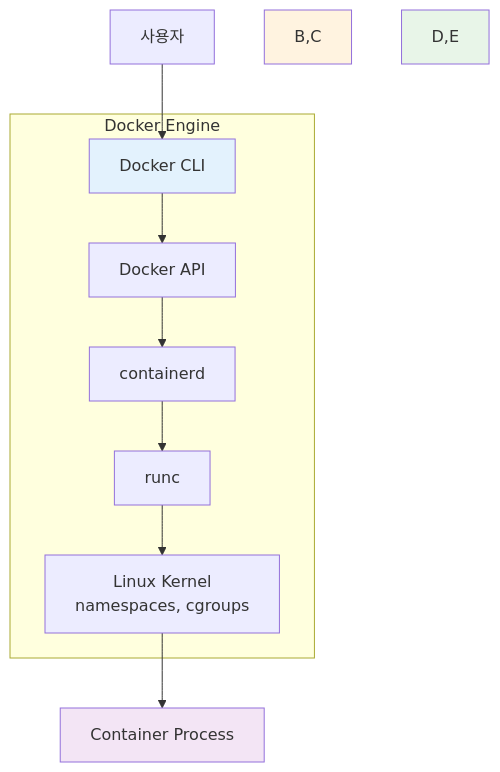
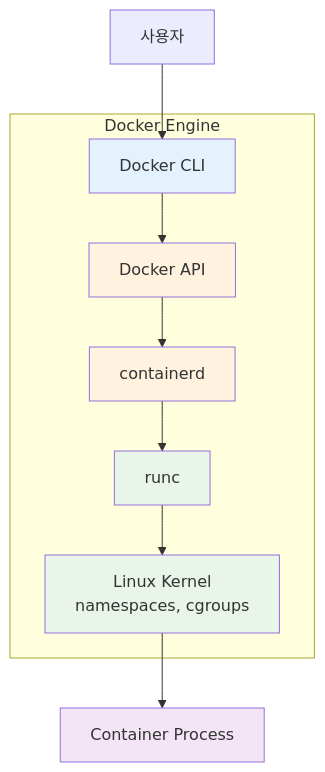
The first of 3 diagrams in theory/week_01/day2/session_3.md (niceguy61/kdt_devops_lecture_2025), drawn with Mermaid before and after one commit. The commit also changed other lines of this file and 1 other file, not shown here.

````diff
--- a/theory/week_01/day2/session_3.md
+++ b/theory/week_01/day2/session_3.md
@@ -44,17 +44,19 @@
 ```mermaid
 graph TB
     subgraph "Docker Engine"
         A[Docker CLI] --> B[Docker API]
         B --> C[containerd]
         C --> D[runc]
         D --> E[Linux Kernel<br/>namespaces, cgroups]
     end
     
     F[사용자] --> A
     E --> G[Container Process]
     
     style A fill:#e3f2fd
-    style B,C fill:#fff3e0
-    style D,E fill:#e8f5e8
+    style B fill:#fff3e0
+    style C fill:#fff3e0
+    style D fill:#e8f5e8
+    style E fill:#e8f5e8
     style G fill:#f3e5f5
 ```
````
